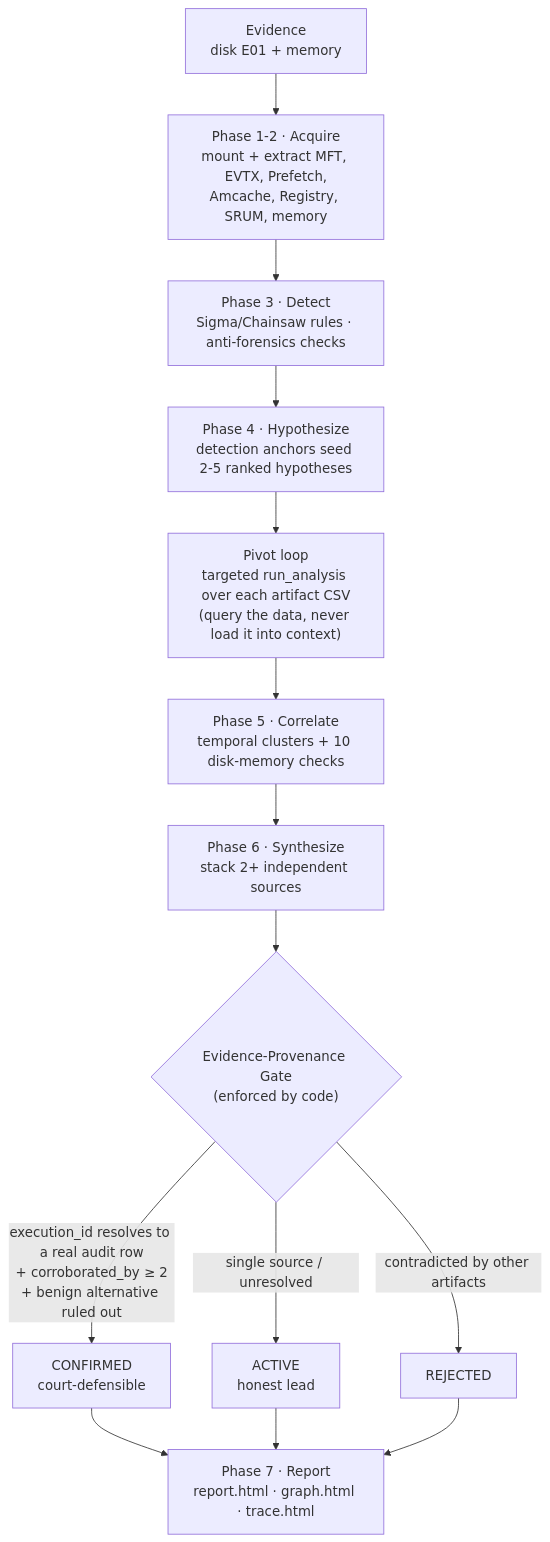
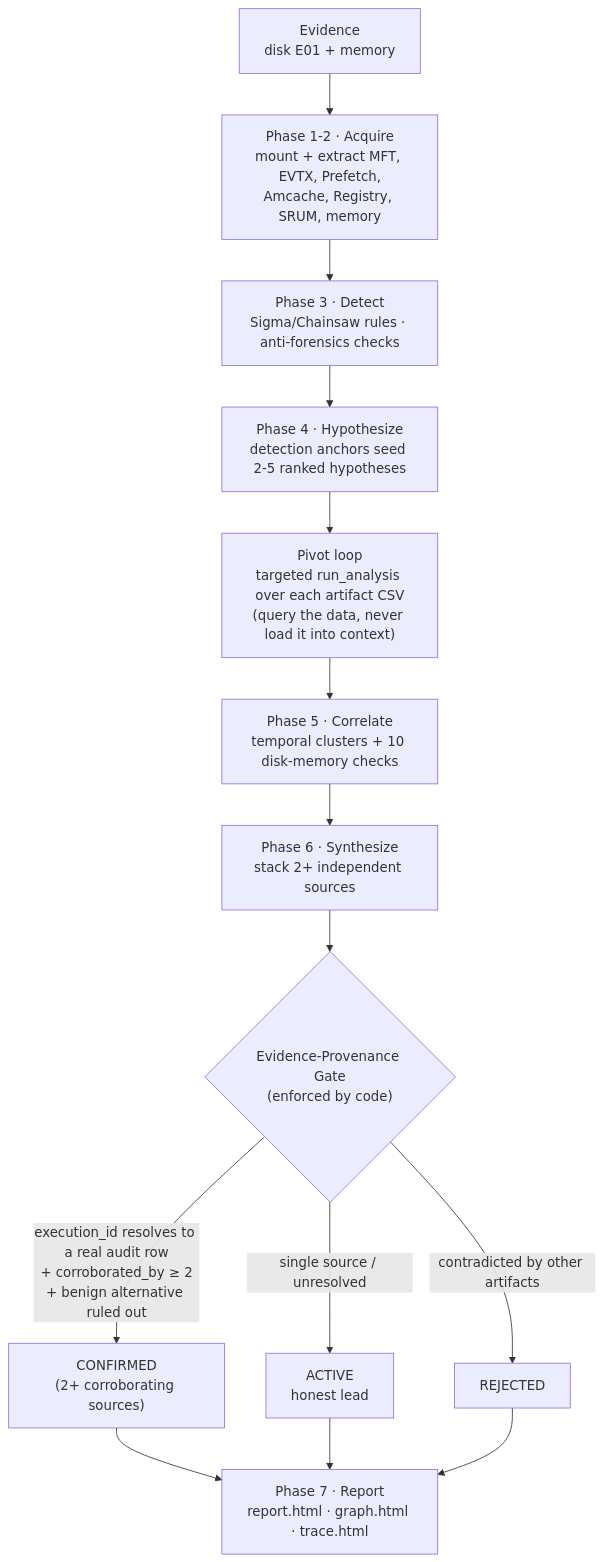
The diagram in README.md (kismatkunwar89/SAVVYDFIR-MCP), drawn with Mermaid before and after one commit. The commit also changed other lines of this file, not shown here.

````diff
--- a/README.md
+++ b/README.md
@@ -103,16 +105,16 @@
 ```mermaid
 flowchart TD
     E["Evidence<br/>disk E01 + memory"] --> X["Phase 1-2 · Acquire<br/>mount + extract MFT, EVTX, Prefetch,<br/>Amcache, Registry, SRUM, memory"]
     X --> D["Phase 3 · Detect<br/>Sigma/Chainsaw rules · anti-forensics checks"]
     D --> H["Phase 4 · Hypothesize<br/>detection anchors seed 2-5 ranked hypotheses"]
     H --> P["Pivot loop<br/>targeted run_analysis over each artifact CSV<br/>(query the data, never load it into context)"]
     P --> C["Phase 5 · Correlate<br/>temporal clusters + 10 disk-memory checks"]
     C --> S["Phase 6 · Synthesize<br/>stack 2+ independent sources"]
     S --> G{"Evidence-Provenance Gate<br/>(enforced by code)"}
-    G -->|"execution_id resolves to a real audit row<br/>+ corroborated_by ≥ 2<br/>+ benign alternative ruled out"| CONF["CONFIRMED<br/>court-defensible"]
+    G -->|"execution_id resolves to a real audit row<br/>+ corroborated_by ≥ 2<br/>+ benign alternative ruled out"| CONF["CONFIRMED<br/>(2+ corroborating sources)"]
     G -->|"single source / unresolved"| ACT["ACTIVE<br/>honest lead"]
     G -->|"contradicted by other artifacts"| REJ["REJECTED"]
     CONF --> R["Phase 7 · Report<br/>report.html · graph.html · trace.html"]
     ACT --> R
     REJ --> R
 ```
````
